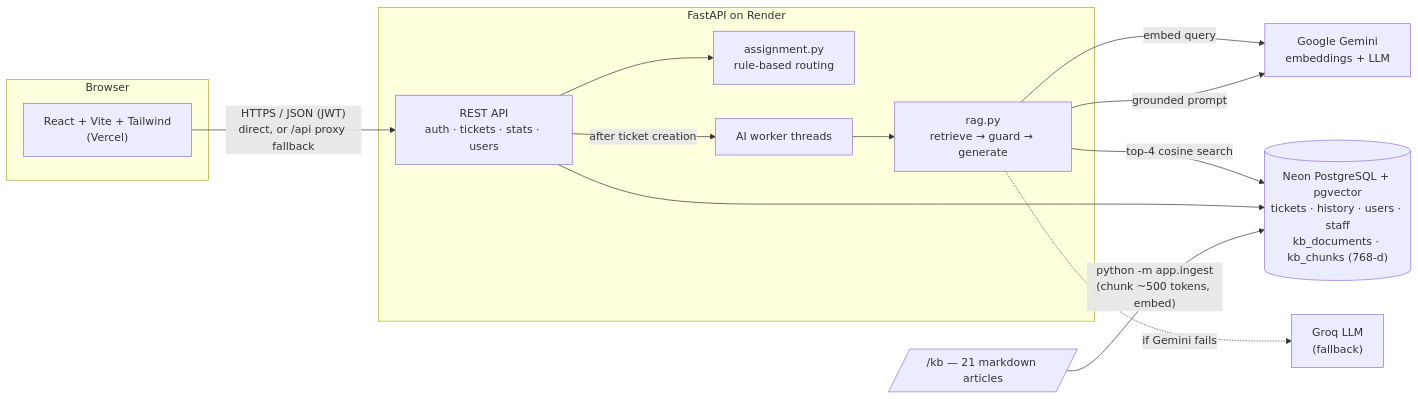
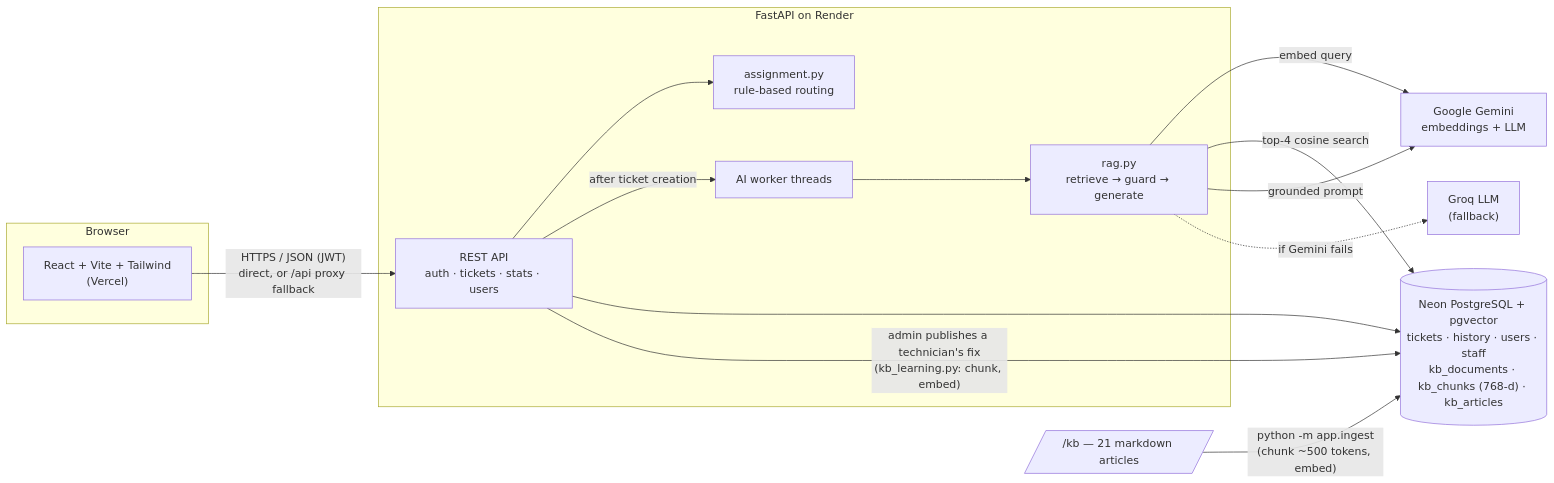
One commit to mohdumair-939/GroundDesk changed the diagram in README.md. Above: the diagram before and after it, drawn with Mermaid. The commit also changed other lines of this file and 22 other files, not shown here.

First line of the commit message:
Learn from resolved tickets: technician fixes become KB articles

````diff
--- a/README.md
+++ b/README.md
@@ -36,26 +46,27 @@
 ```mermaid
 flowchart LR
     subgraph Browser
         UI["React + Vite + Tailwind<br/>(Vercel)"]
     end
     subgraph Render["FastAPI on Render"]
         API["REST API<br/>auth · tickets · stats · users"]
         RAG["rag.py<br/>retrieve → guard → generate"]
         ASG["assignment.py<br/>rule-based routing"]
         POOL["AI worker threads"]
     end
-    DB[("Neon PostgreSQL + pgvector<br/>tickets · history · users · staff<br/>kb_documents · kb_chunks (768-d)")]
+    DB[("Neon PostgreSQL + pgvector<br/>tickets · history · users · staff<br/>kb_documents · kb_chunks (768-d) · kb_articles")]
     GEM["Google Gemini<br/>embeddings + LLM"]
     GROQ["Groq LLM<br/>(fallback)"]
     KB[/"/kb — 21 markdown articles"/]
 
     UI -- "HTTPS / JSON (JWT)<br/>direct, or /api proxy fallback" --> API
     API --> ASG
     API -- "after ticket creation" --> POOL --> RAG
     RAG -- "embed query" --> GEM
     RAG -- "top-4 cosine search" --> DB
     RAG -- "grounded prompt" --> GEM
     RAG -. "if Gemini fails" .-> GROQ
     API --> DB
     KB -- "python -m app.ingest<br/>(chunk ~500 tokens, embed)" --> DB
+    API -- "admin publishes a technician's fix<br/>(kb_learning.py: chunk, embed)" --> DB
 ```
````
